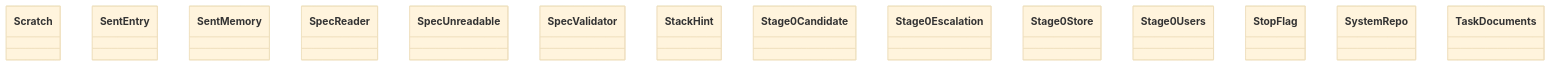
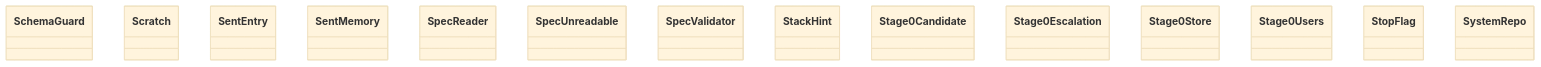
The diagram in docs/architecture/generated/classes-process-application-support-7.md (GonzaloZevallos/agentic-system), drawn with Mermaid (base theme) before and after one commit. The commit also changed other lines of this file and 25 other files, not shown here.

Commit message:
Regenerate the architecture docs for the SMTP adapter

````diff
--- a/docs/architecture/generated/classes-process-application-support-7.md
+++ b/docs/architecture/generated/classes-process-application-support-7.md
@@ -21,17 +21,17 @@
 ```mermaid
 classDiagram
+    class ports__SchemaGuard["SchemaGuard"]
     class ports__Scratch["Scratch"]
     class ports__SentEntry["SentEntry"]
     class ports__SentMemory["SentMemory"]
     class ports__SpecReader["SpecReader"]
     class ports__SpecUnreadable["SpecUnreadable"]
     class ports__SpecValidator["SpecValidator"]
     class ports__StackHint["StackHint"]
     class ports__Stage0Candidate["Stage0Candidate"]
     class ports__Stage0Escalation["Stage0Escalation"]
     class ports__Stage0Store["Stage0Store"]
     class ports__Stage0Users["Stage0Users"]
     class ports__StopFlag["StopFlag"]
     class ports__SystemRepo["SystemRepo"]
-    class ports__TaskDocuments["TaskDocuments"]
 ```
````
